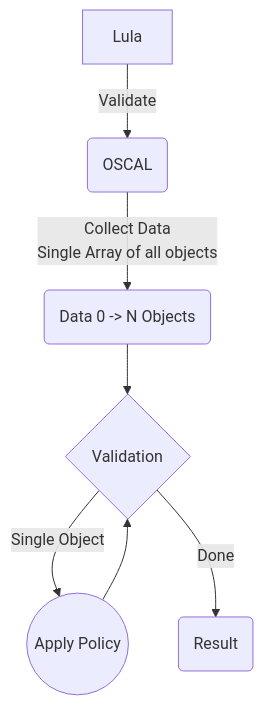
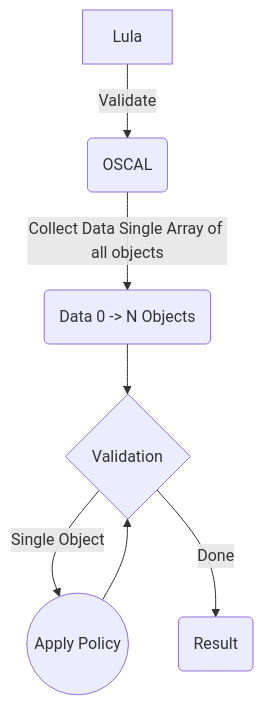
One commit to defenseunicorns/compliance-auditor changed the first of 2 diagrams in adr/0006-resource-collections.md. Above: the diagram before and after it, drawn with Mermaid. The commit also changed other lines of this file, not shown here.

Commit message:
Fix: mermaid multiple lines

````diff
--- a/adr/0006-resource-collections.md
+++ b/adr/0006-resource-collections.md
@@ -17,10 +17,9 @@
 ```mermaid
 graph TD;
   A[Lula] -->|Validate| B(OSCAL);
-  B -->|Collect Data 
-        Single Array of all objects| C(Data 0 -> N Objects);
+  B -->|Collect Data Single Array of all objects| C(Data 0 -> N Objects);
   C -->| | D{Validation};
   D --> | Single Object | E((Apply Policy));
   E --> D;
   D --> | Done | F(Result);
 ```
````
